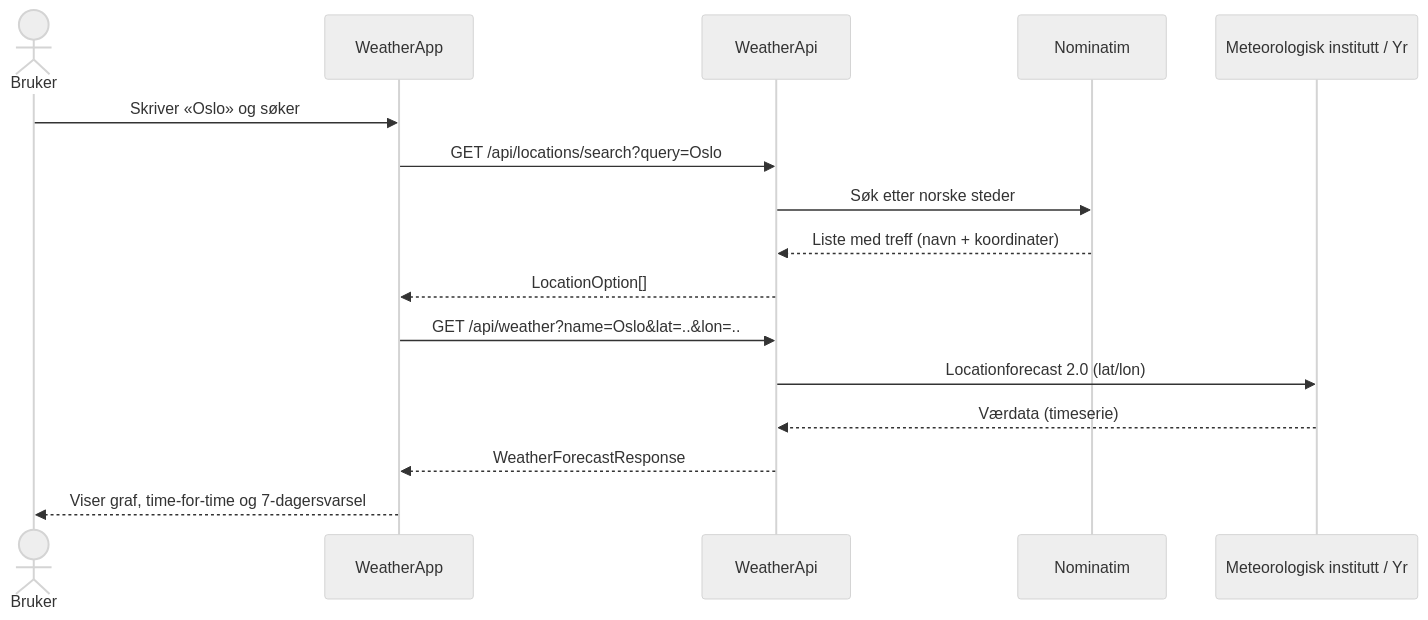
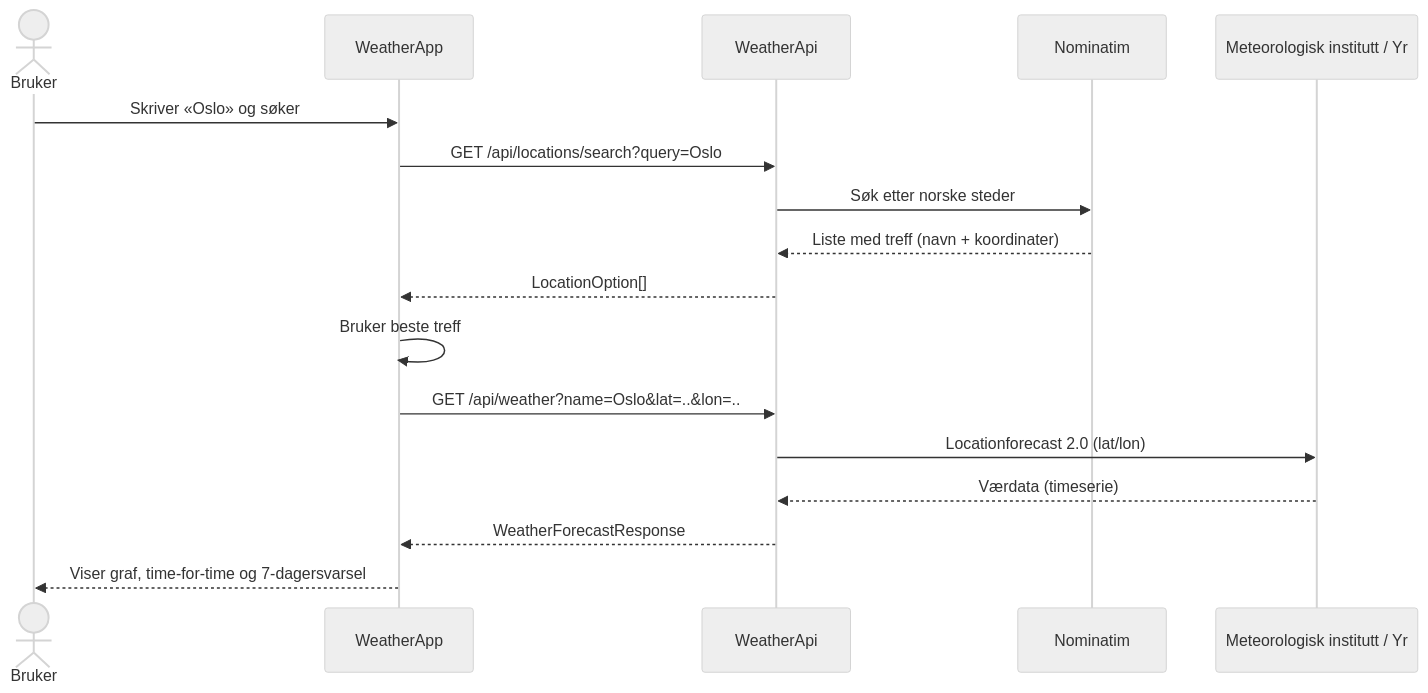
One commit to iselintrondsen/weather-app changed the second of 2 diagrams in ARCHITECTURE.md. Above: the diagram before and after it, drawn with Mermaid (neutral theme). The commit also changed other lines of this file and 3 other files, not shown here.

````diff
--- a/ARCHITECTURE.md
+++ b/ARCHITECTURE.md
@@ -54,19 +54,20 @@
 ```mermaid
 sequenceDiagram
     actor Bruker
     participant App as WeatherApp
     participant Api as WeatherApi
     participant OSM as Nominatim
     participant MET as Meteorologisk institutt / Yr
 
     Bruker->>App: Skriver «Oslo» og søker
     App->>Api: GET /api/locations/search?query=Oslo
     Api->>OSM: Søk etter norske steder
     OSM-->>Api: Liste med treff (navn + koordinater)
     Api-->>App: LocationOption[]
+    App->>App: Bruker beste treff
     App->>Api: GET /api/weather?name=Oslo&lat=..&lon=..
     Api->>MET: Locationforecast 2.0 (lat/lon)
     MET-->>Api: Værdata (timeserie)
     Api-->>App: WeatherForecastResponse
     App-->>Bruker: Viser graf, time-for-time og 7-dagersvarsel
 ```
````
